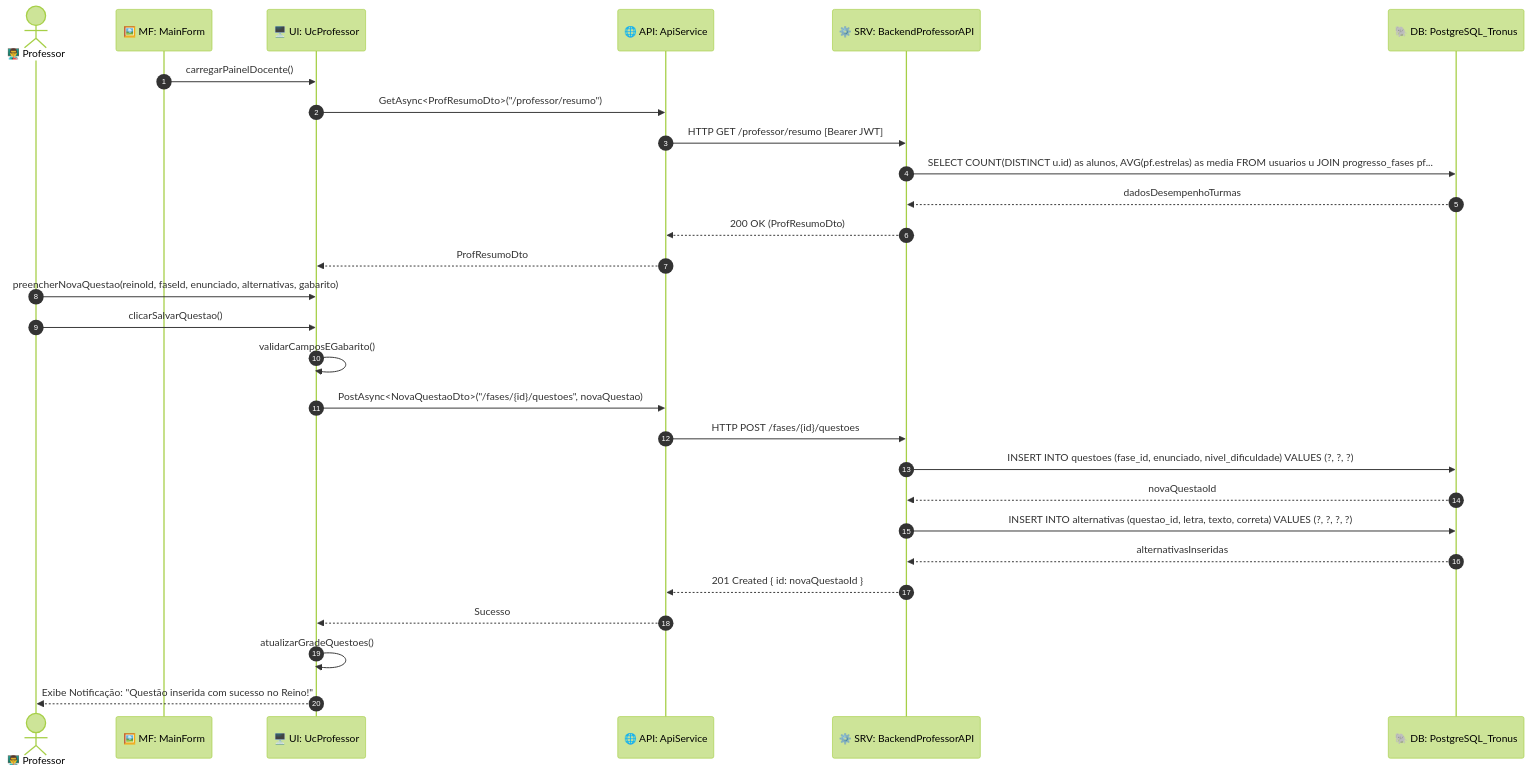
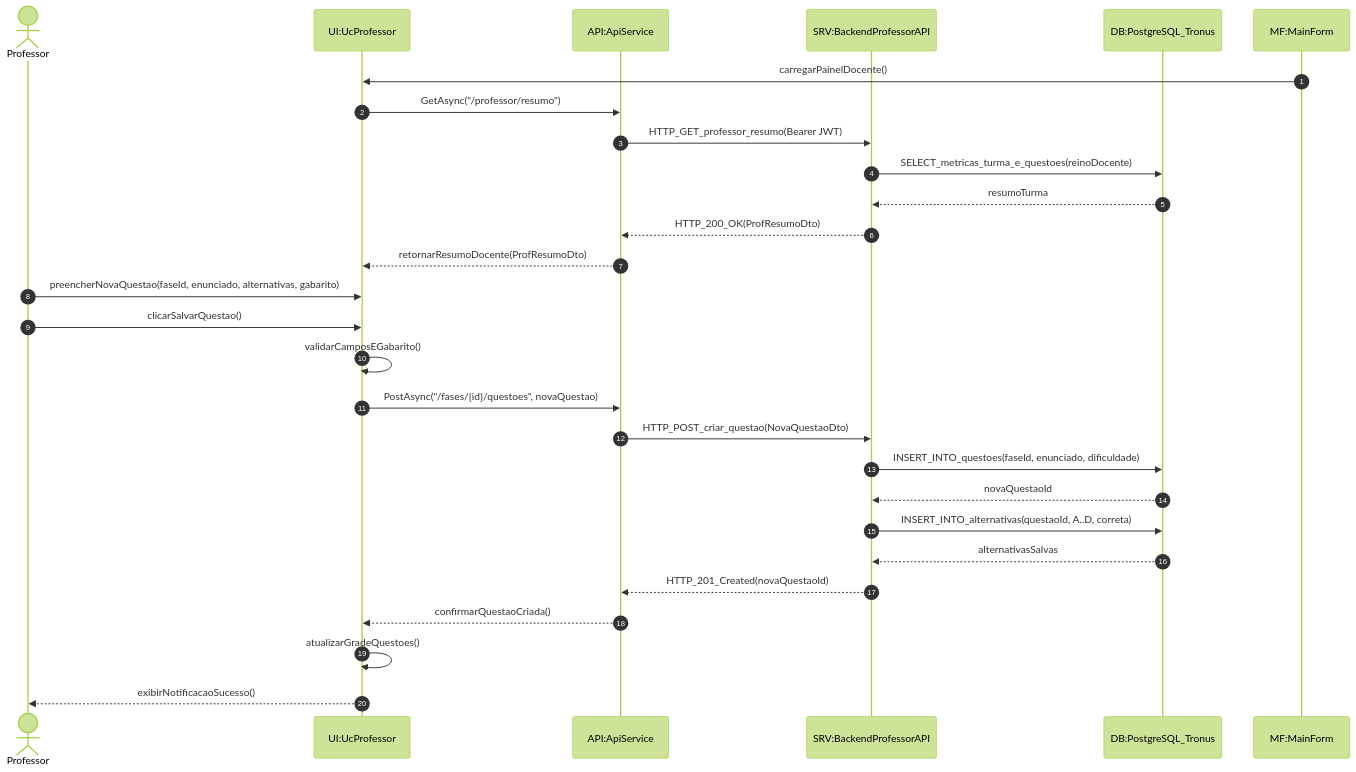
One commit to Pim-Unip2025/desktop changed diagram 11 of 12 in DiagramaDeSequencia.md. Above: the diagram before and after it, drawn with Mermaid (forest theme). The commit also changed other lines of this file and 66 other files, not shown here.

Commit message:
feat(desktop): adiciona Setup/QA Runner com teste de rede, acessibilidade tipografica, listagem completa no Admin e reorganiza diagramas UML (Classes, Atividades e Sequencia)

````diff
--- a/DiagramaDeSequencia.md
+++ b/DiagramaDeSequencia.md
@@ -590,32 +424,31 @@
 ```mermaid
 sequenceDiagram
     autonumber
-    actor Professor as 👨‍🏫 Professor
-    participant MF as 🖼️ MF: MainForm
-    participant UI as 🖥️ UI: UcProfessor
-    participant API as 🌐 API: ApiService
-    participant SRV as ⚙️ SRV: BackendProfessorAPI
-    participant DB as 🐘 DB: PostgreSQL_Tronus
+    actor Professor as Professor
+    participant UI as UI:UcProfessor
+    participant API as API:ApiService
+    participant SRV as SRV:BackendProfessorAPI
+    participant DB as DB:PostgreSQL_Tronus
+    participant MF as MF:MainForm
 
     MF->>UI: carregarPainelDocente()
-    UI->>API: GetAsync<ProfResumoDto>("/professor/resumo")
-    API->>SRV: HTTP GET /professor/resumo [Bearer JWT]
-    SRV->>DB: SELECT COUNT(DISTINCT u.id) as alunos, AVG(pf.estrelas) as media FROM usuarios u JOIN progresso_fases pf...
-    DB-->>SRV: dadosDesempenhoTurmas
-    SRV-->>API: 200 OK (ProfResumoDto)
-    API-->>UI: ProfResumoDto
-    
-    Professor->>UI: preencherNovaQuestao(reinoId, faseId, enunciado, alternativas, gabarito)
+    UI->>API: GetAsync("/professor/resumo")
+    API->>SRV: HTTP_GET_professor_resumo(Bearer JWT)
+    SRV->>DB: SELECT_metricas_turma_e_questoes(reinoDocente)
+    DB-->>SRV: resumoTurma
+    SRV-->>API: HTTP_200_OK(ProfResumoDto)
+    API-->>UI: retornarResumoDocente(ProfResumoDto)
+    Professor->>UI: preencherNovaQuestao(faseId, enunciado, alternativas, gabarito)
     Professor->>UI: clicarSalvarQuestao()
     UI->>UI: validarCamposEGabarito()
-    UI->>API: PostAsync<NovaQuestaoDto>("/fases/{id}/questoes", novaQuestao)
-    API->>SRV: HTTP POST /fases/{id}/questoes
-    SRV->>DB: INSERT INTO questoes (fase_id, enunciado, nivel_dificuldade) VALUES (?, ?, ?)
+    UI->>API: PostAsync("/fases/{id}/questoes", novaQuestao)
+    API->>SRV: HTTP_POST_criar_questao(NovaQuestaoDto)
+    SRV->>DB: INSERT_INTO_questoes(faseId, enunciado, dificuldade)
     DB-->>SRV: novaQuestaoId
-    SRV->>DB: INSERT INTO alternativas (questao_id, letra, texto, correta) VALUES (?, ?, ?, ?)
-    DB-->>SRV: alternativasInseridas
-    SRV-->>API: 201 Created { id: novaQuestaoId }
-    API-->>UI: Sucesso
+    SRV->>DB: INSERT_INTO_alternativas(questaoId, A..D, correta)
+    DB-->>SRV: alternativasSalvas
+    SRV-->>API: HTTP_201_Created(novaQuestaoId)
+    API-->>UI: confirmarQuestaoCriada()
     UI->>UI: atualizarGradeQuestoes()
-    UI-->>Professor: Exibe Notificação: "Questão inserida com sucesso no Reino!"
+    UI-->>Professor: exibirNotificacaoSucesso()
 ```
````
